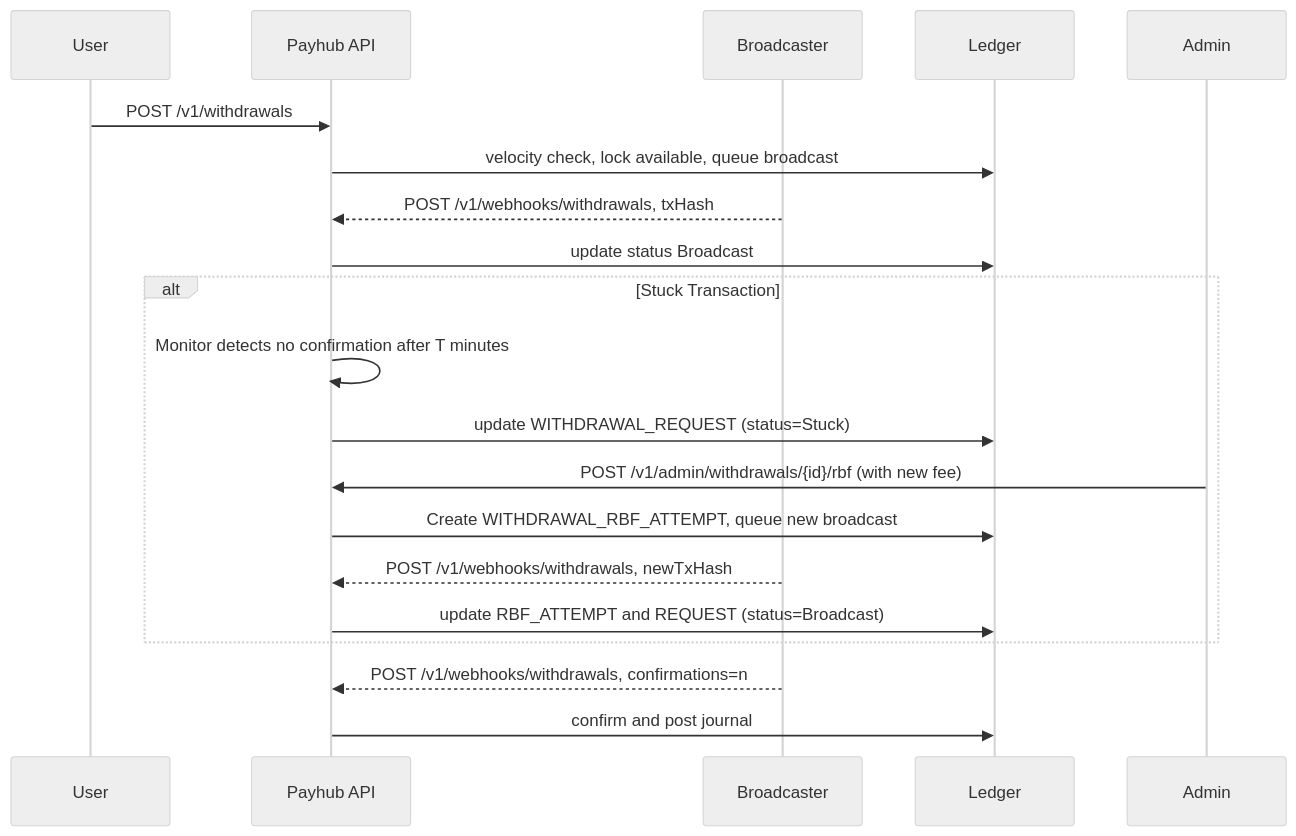
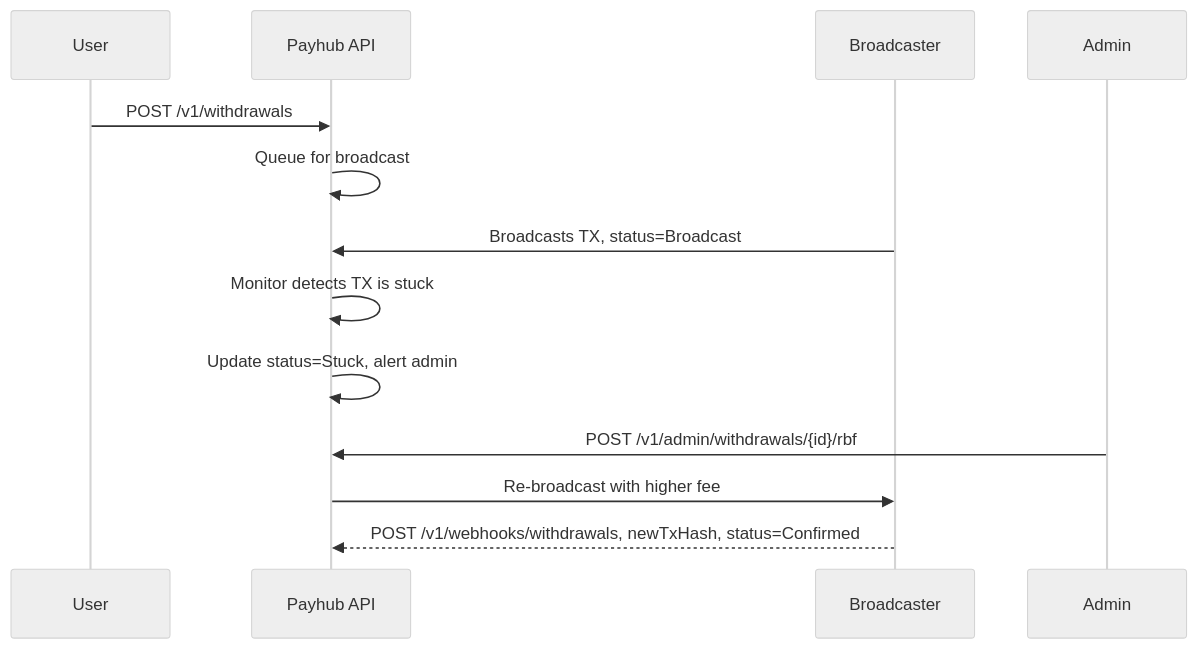
One commit to bkkac/tg-miniapp-payhub-service changed the fifth of 6 diagrams in SystemDesign.md. Above: the diagram before and after it, drawn with Mermaid (neutral theme). The commit also changed other lines of this file, not shown here.

````diff
--- a/SystemDesign.md
+++ b/SystemDesign.md
@@ -1257,24 +503,15 @@
 ```mermaid
 sequenceDiagram
   participant U as User
   participant PH as Payhub API
   participant B as Broadcaster
-  participant DB as Ledger
   participant ADM as Admin
   U->>PH: POST /v1/withdrawals
-  PH->>DB: velocity check, lock available, queue broadcast
-  B-->>PH: POST /v1/webhooks/withdrawals, txHash
-  PH->>DB: update status Broadcast
-  
-  alt Stuck Transaction
-    PH->>PH: Monitor detects no confirmation after T minutes
-    PH->>DB: update WITHDRAWAL_REQUEST (status=Stuck)
-    ADM->>PH: POST /v1/admin/withdrawals/{id}/rbf (with new fee)
-    PH->>DB: Create WITHDRAWAL_RBF_ATTEMPT, queue new broadcast
-    B-->>PH: POST /v1/webhooks/withdrawals, newTxHash
-    PH->>DB: update RBF_ATTEMPT and REQUEST (status=Broadcast)
-  end
-
-  B-->>PH: POST /v1/webhooks/withdrawals, confirmations=n
-  PH->>DB: confirm and post journal
+  PH->>PH: Queue for broadcast
+  B->>PH: Broadcasts TX, status=Broadcast
+  PH->>PH: Monitor detects TX is stuck
+  PH->>PH: Update status=Stuck, alert admin
+  ADM->>PH: POST /v1/admin/withdrawals/{id}/rbf
+  PH->>B: Re-broadcast with higher fee
+  B-->>PH: POST /v1/webhooks/withdrawals, newTxHash, status=Confirmed
 ```
````
